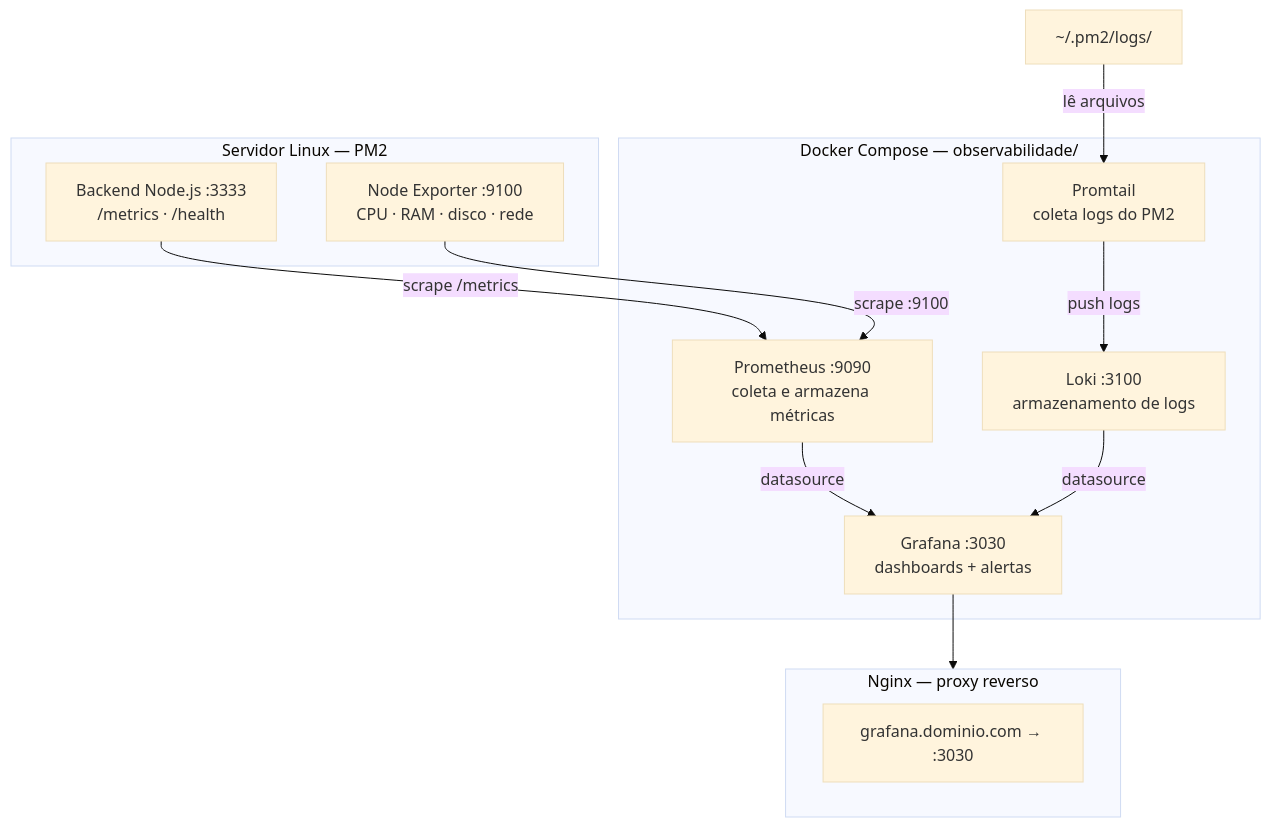
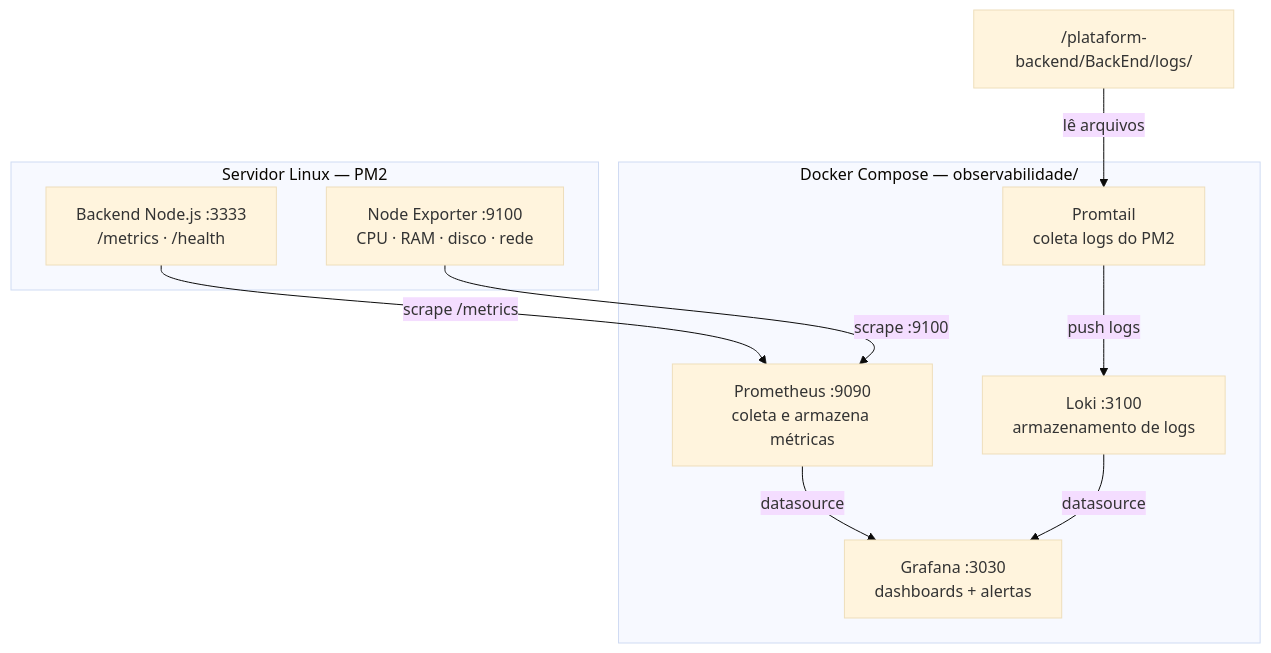
Diagram 21 of 21 in README.md (onsmart/Plataforma-Sonia), drawn with Mermaid (base theme) before and after one commit. The commit also changed other lines of this file and 2 other files, not shown here.

````diff
--- a/README.md
+++ b/README.md
@@ -738,26 +738,21 @@
 ```mermaid
 flowchart TB
   subgraph host [Servidor Linux — PM2]
     BE["Backend Node.js :3333<br/>/metrics · /health"]
     PE["Node Exporter :9100<br/>CPU · RAM · disco · rede"]
   end
 
   subgraph docker [Docker Compose — observabilidade/]
     PROM["Prometheus :9090<br/>coleta e armazena métricas"]
     GF["Grafana :3030<br/>dashboards + alertas"]
     LOKI["Loki :3100<br/>armazenamento de logs"]
     PT["Promtail<br/>coleta logs do PM2"]
   end
 
-  subgraph nginx [Nginx — proxy reverso]
-    GFP["grafana.dominio.com → :3030"]
-  end
-
   BE -->|scrape /metrics| PROM
   PE -->|scrape :9100| PROM
   PROM -->|datasource| GF
   LOKI -->|datasource| GF
   PT -->|push logs| LOKI
-  PM2["~/.pm2/logs/"] -->|lê arquivos| PT
-  GF --> nginx
+  PM2["/plataform-backend/BackEnd/logs/"] -->|lê arquivos| PT
 ```
````
